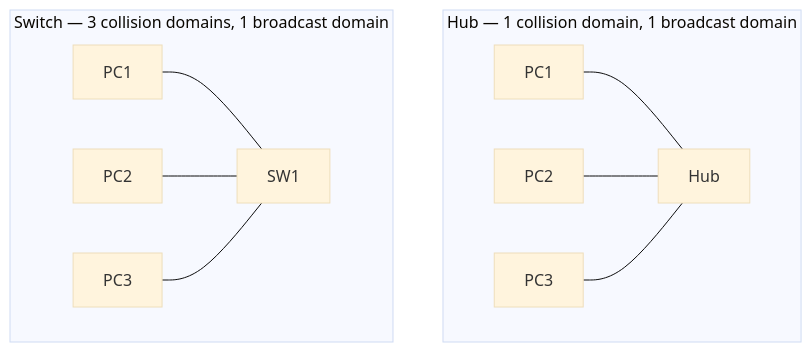
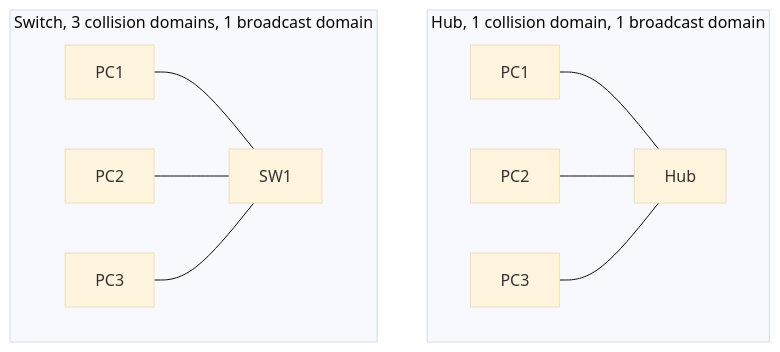
The diagram in src/content/docs/topics/networking/part-06-switching-fundamentals.md (waggertron/tech-learning), drawn with Mermaid (base theme) before and after one commit. The commit also changed 56 other files, not shown here.

````diff
--- a/src/content/docs/topics/networking/part-06-switching-fundamentals.md
+++ b/src/content/docs/topics/networking/part-06-switching-fundamentals.md
@@ -112,16 +112,16 @@
 ```mermaid
 flowchart TD
-    subgraph hub ["Hub — 1 collision domain, 1 broadcast domain"]
+    subgraph hub ["Hub, 1 collision domain, 1 broadcast domain"]
         H[Hub]
         PC1[PC1] --- H
         PC2[PC2] --- H
         PC3[PC3] --- H
     end
 
-    subgraph sw ["Switch — 3 collision domains, 1 broadcast domain"]
+    subgraph sw ["Switch, 3 collision domains, 1 broadcast domain"]
         SW1[SW1]
         SPC1[PC1] --- SW1
         SPC2[PC2] --- SW1
         SPC3[PC3] --- SW1
     end
 ```
````
